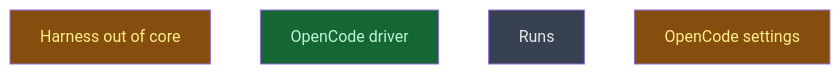
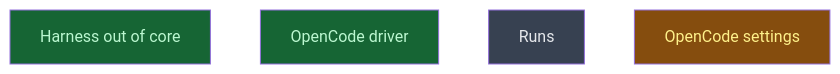
One commit to CrackingShells/Candler changed the diagram in __roadmap__/m4-session-runner/traits/core/README.md. Above: the diagram before and after it, drawn with Mermaid. The commit also changed other lines of this file and 1 other file, not shown here.

Commit message:
rdm(isolation): mark harness_out_of_core done
The verifier closed every finding after fix round 1. Its two latent
notes, a raw-ingest reader chosen for the whole command and a recognised
name written as a literal, only bite once a second driver is registered,
so opencode_wiring takes them with a gate.

````diff
--- a/__roadmap__/m4-session-runner/traits/core/README.md
+++ b/__roadmap__/m4-session-runner/traits/core/README.md
@@ -19,12 +19,12 @@
 ```mermaid
 graph TD
-    harness_out_of_core[Harness out of core]:::inprogress
+    harness_out_of_core[Harness out of core]:::done
     opencode_driver[OpenCode driver]:::done
     runs[Runs]:::planned
     opencode_settings[OpenCode settings]:::inprogress
     classDef done       fill:#166534,color:#bbf7d0
     classDef inprogress fill:#854d0e,color:#fef08a
     classDef planned    fill:#374151,color:#e5e7eb
     classDef amendment  fill:#1e3a5f,color:#bfdbfe
     classDef blocked    fill:#7f1d1d,color:#fecaca
 ```
````
